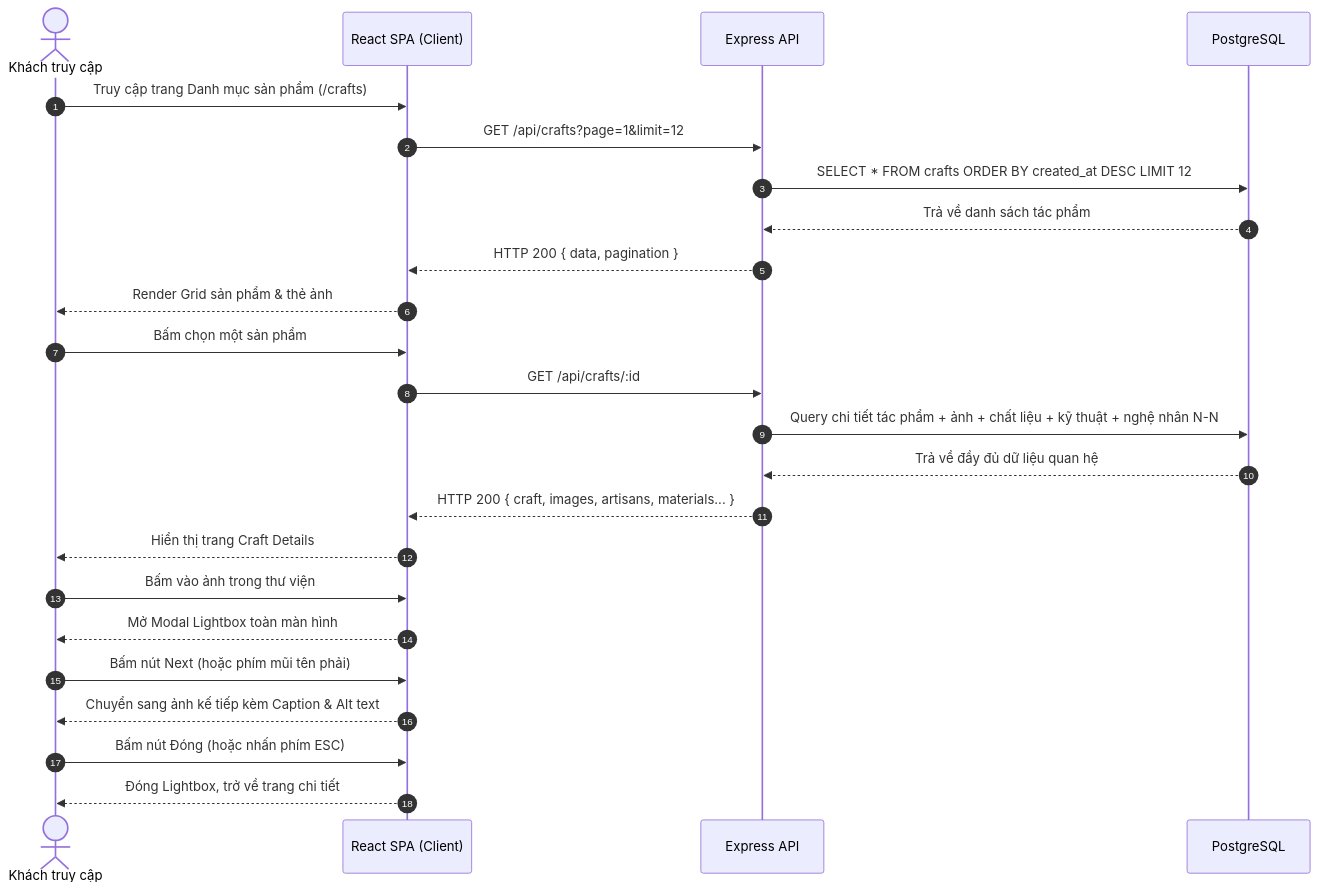
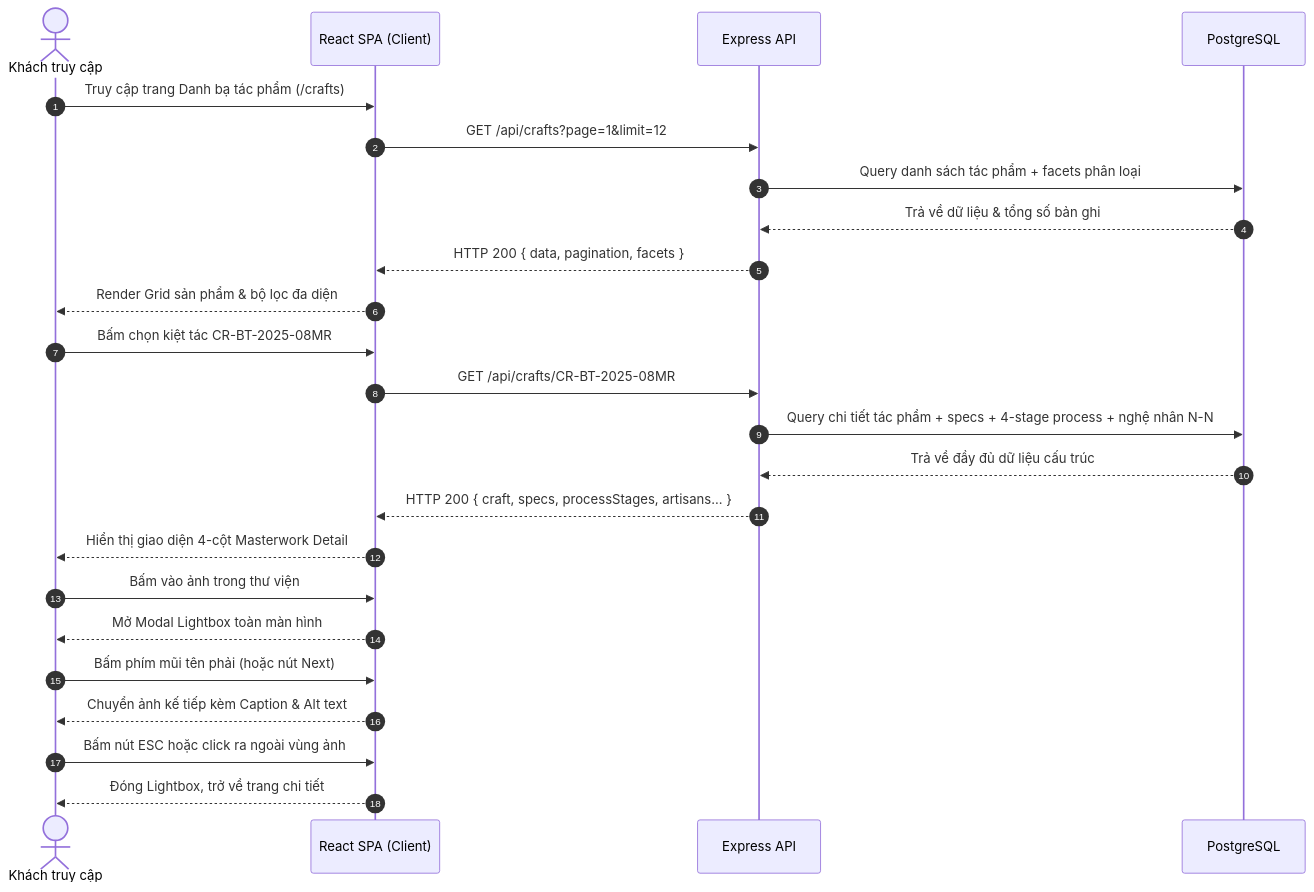
One commit to O-chit/eproject1 changed the first of 4 diagrams in docs/feature-spec.md. Above: the diagram before and after it, drawn with Mermaid. The commit also changed other lines of this file and 47 other files, not shown here.

````diff
--- a/docs/feature-spec.md
+++ b/docs/feature-spec.md
@@ -183,29 +231,29 @@
 ```mermaid
 sequenceDiagram
     autonumber
     actor User as Khách truy cập
     participant FE as React SPA (Client)
     participant API as Express API
     participant DB as PostgreSQL
 
-    User->>FE: Truy cập trang Danh mục sản phẩm (/crafts)
+    User->>FE: Truy cập trang Danh bạ tác phẩm (/crafts)
     FE->>API: GET /api/crafts?page=1&limit=12
-    API->>DB: SELECT * FROM crafts ORDER BY created_at DESC LIMIT 12
-    DB-->>API: Trả về danh sách tác phẩm
-    API-->>FE: HTTP 200 { data, pagination }
-    FE-->>User: Render Grid sản phẩm & thẻ ảnh
+    API->>DB: Query danh sách tác phẩm + facets phân loại
+    DB-->>API: Trả về dữ liệu & tổng số bản ghi
+    API-->>FE: HTTP 200 { data, pagination, facets }
+    FE-->>User: Render Grid sản phẩm & bộ lọc đa diện
 
-    User->>FE: Bấm chọn một sản phẩm
-    FE->>API: GET /api/crafts/:id
-    API->>DB: Query chi tiết tác phẩm + ảnh + chất liệu + kỹ thuật + nghệ nhân N-N
-    DB-->>API: Trả về đầy đủ dữ liệu quan hệ
-    API-->>FE: HTTP 200 { craft, images, artisans, materials... }
-    FE-->>User: Hiển thị trang Craft Details
+    User->>FE: Bấm chọn kiệt tác CR-BT-2025-08MR
+    FE->>API: GET /api/crafts/CR-BT-2025-08MR
+    API->>DB: Query chi tiết tác phẩm + specs + 4-stage process + nghệ nhân N-N
+    DB-->>API: Trả về đầy đủ dữ liệu cấu trúc
+    API-->>FE: HTTP 200 { craft, specs, processStages, artisans... }
+    FE-->>User: Hiển thị giao diện 4-cột Masterwork Detail
 
     User->>FE: Bấm vào ảnh trong thư viện
     FE-->>User: Mở Modal Lightbox toàn màn hình
-    User->>FE: Bấm nút Next (hoặc phím mũi tên phải)
-    FE-->>User: Chuyển sang ảnh kế tiếp kèm Caption & Alt text
-    User->>FE: Bấm nút Đóng (hoặc nhấn phím ESC)
+    User->>FE: Bấm phím mũi tên phải (hoặc nút Next)
+    FE-->>User: Chuyển ảnh kế tiếp kèm Caption & Alt text
+    User->>FE: Bấm nút ESC hoặc click ra ngoài vùng ảnh
     FE-->>User: Đóng Lightbox, trở về trang chi tiết
 ```
````
